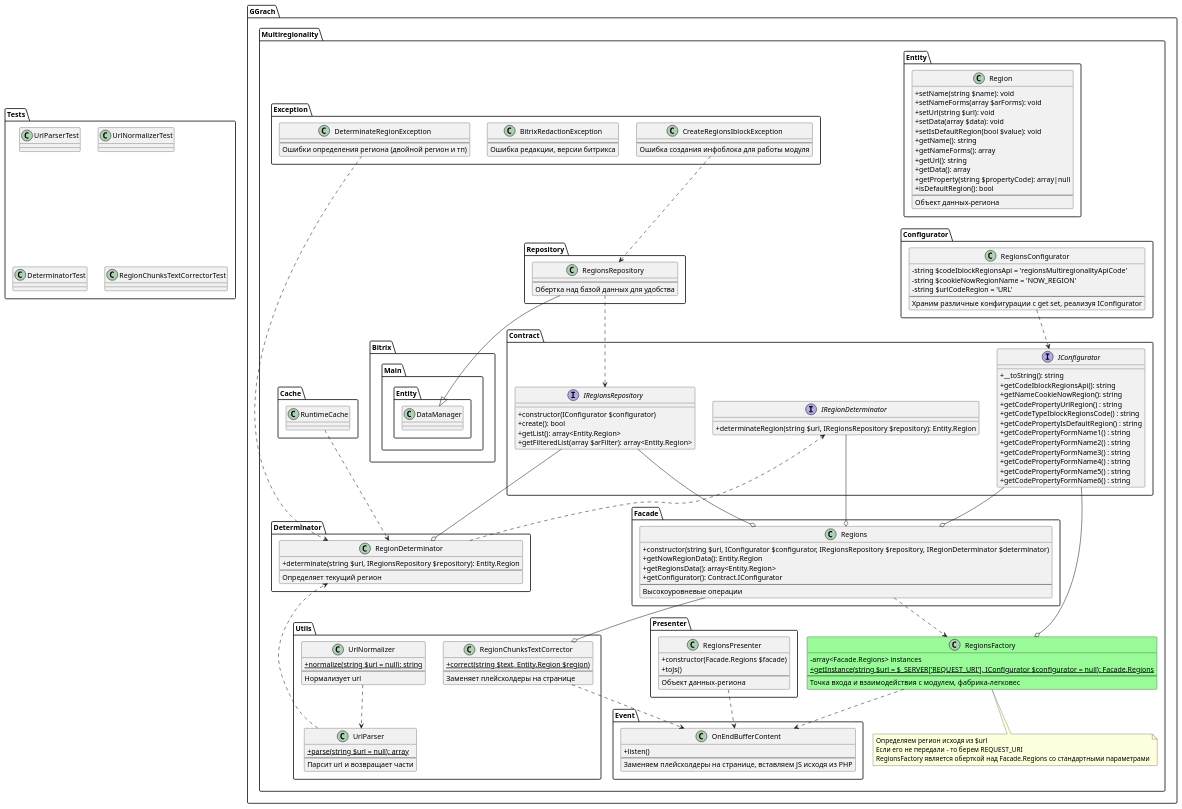
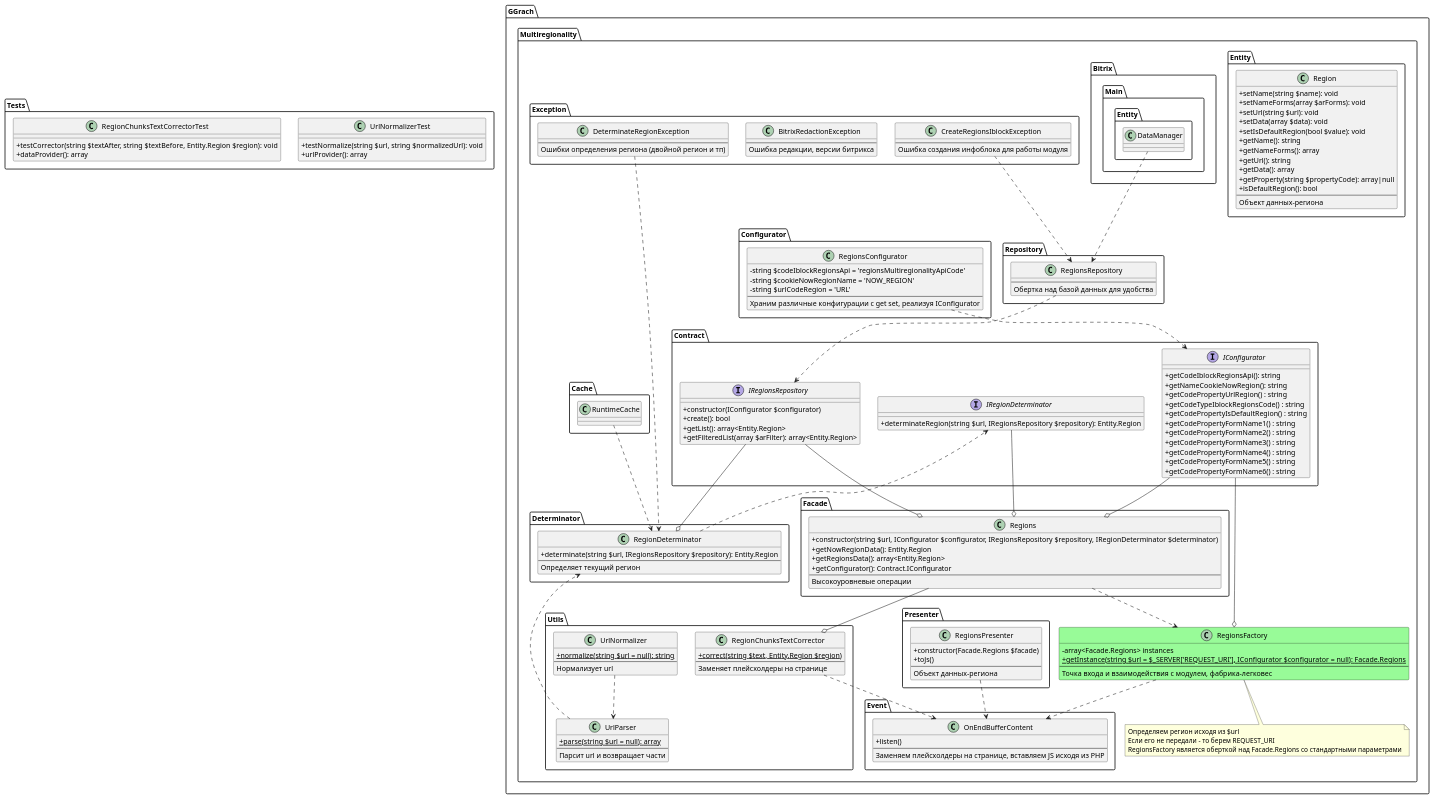
One commit to ggrachdev/bitrix_module_multiregionality changed the diagram in ggrachdev.multiregionality/classes/general/Multiregionality/structure.puml. Above: the diagram before and after it, drawn with PlantUML. The commit also changed 8 other files, not shown here.

```diff
--- a/ggrachdev.multiregionality/classes/general/Multiregionality/structure.puml
+++ b/ggrachdev.multiregionality/classes/general/Multiregionality/structure.puml
@@ -3,16 +3,14 @@
 skinparam classAttributeIconSize 0
 
 package Tests {
-    class UrlParserTest {
-    }
-
     class UrlNormalizerTest {
-    }
-
-    class DeterminatorTest {
+        + testNormalize(string $url, string $normalizedUrl): void
+        + urlProvider(): array
     }
 
     class RegionChunksTextCorrectorTest {
+        + testCorrector(string $textAfter, string $textBefore, Entity.Region $region): void
+        + dataProvider(): array
     }
 }
 
@@ -80,7 +78,7 @@
         }
     }
 
-    namespace Contract {
+    namespace Contract { 
         interface IRegionDeterminator {
             + determinateRegion(string $url, IRegionsRepository $repository): Entity.Region
         }
@@ -91,7 +89,6 @@
             +getFilteredList(array $arFilter): array<Entity.Region>
         }
         interface IConfigurator {
-            + __toString(): string
             + getCodeIblockRegionsApi(): string
             + getNameCookieNowRegion(): string
             + getCodePropertyUrlRegion() : string
@@ -196,7 +193,8 @@
 
     Contract.IRegionDeterminator --o  Facade.Regions
 
-    Repository.RegionsRepository --|> Bitrix.Main.Entity.DataManager
+    Bitrix.Main.Entity.DataManager ..> Repository.RegionsRepository
+
     Repository.RegionsRepository ..>  Contract.IRegionsRepository
 
     RegionsFactory ..>  Event.OnEndBufferContent
```
